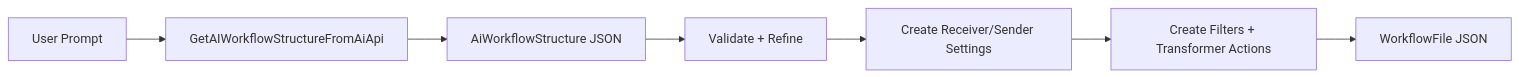
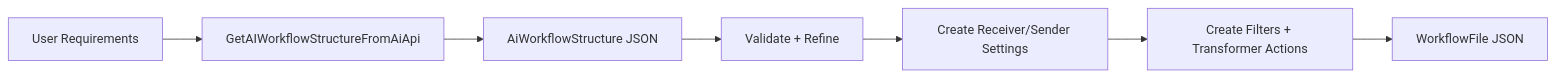
One commit to IntegrationSoup/Documentation changed the diagram in docs/workflow/ai/ai-workflow-structure.md. Above: the diagram before and after it, drawn with Mermaid. The commit also changed other lines of this file and 27 other files, not shown here.

````diff
--- a/docs/workflow/ai/ai-workflow-structure.md
+++ b/docs/workflow/ai/ai-workflow-structure.md
@@ -19,9 +19,9 @@
 ```mermaid
 flowchart LR
-    A[User Prompt] --> B[GetAIWorkflowStructureFromAiApi]
+    A[User Requirements] --> B[GetAIWorkflowStructureFromAiApi]
     B --> C[AiWorkflowStructure JSON]
     C --> D[Validate + Refine]
     D --> E[Create Receiver/Sender Settings]
     E --> F[Create Filters + Transformer Actions]
     F --> G[WorkflowFile JSON]
 ```
````
